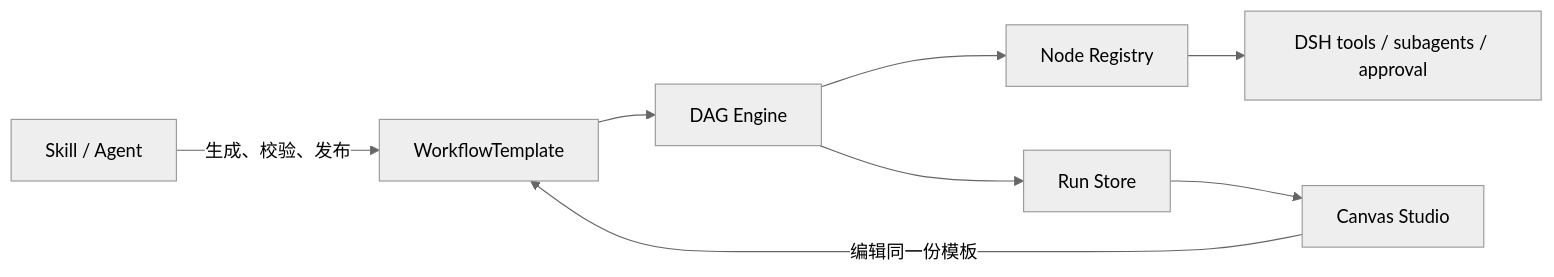
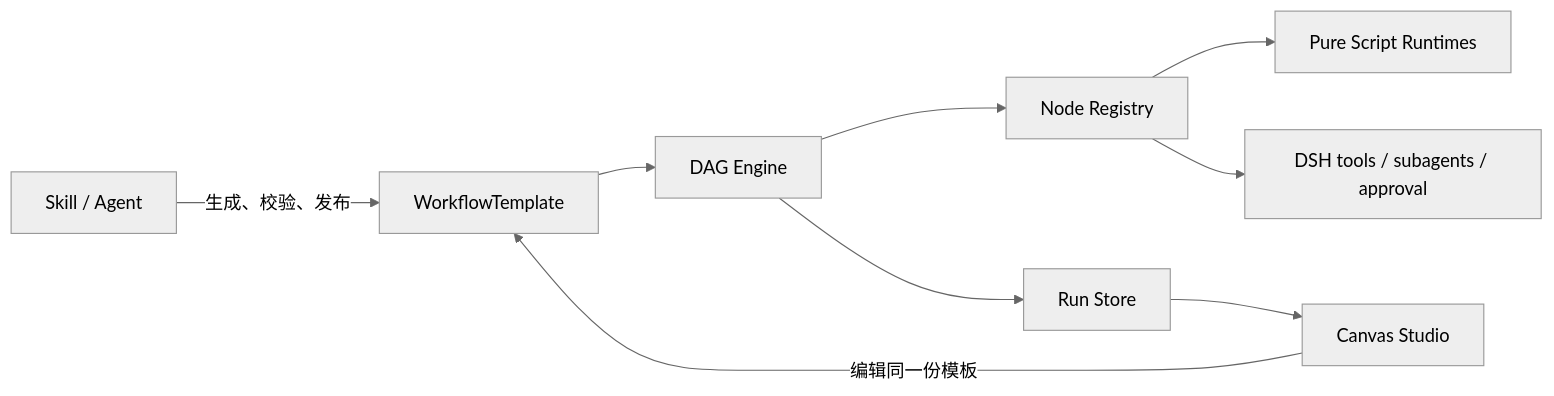
Before and after one commit to GM-HZ/agent-dag-workflow: the diagram in README.md, drawn with Mermaid (neutral theme). The commit also changed other lines of this file and 51 other files, not shown here.

````diff
--- a/README.md
+++ b/README.md
@@ -9,10 +9,11 @@
 ```mermaid
 flowchart LR
   A["Skill / Agent"] -->|生成、校验、发布| T["WorkflowTemplate"]
   C["Canvas Studio"] -->|编辑同一份模板| T
   T --> E["DAG Engine"]
   E --> N["Node Registry"]
+  N --> S["Pure Script Runtimes"]
   E --> R["Run Store"]
   N --> D["DSH tools / subagents / approval"]
   R --> C
 ```
````
